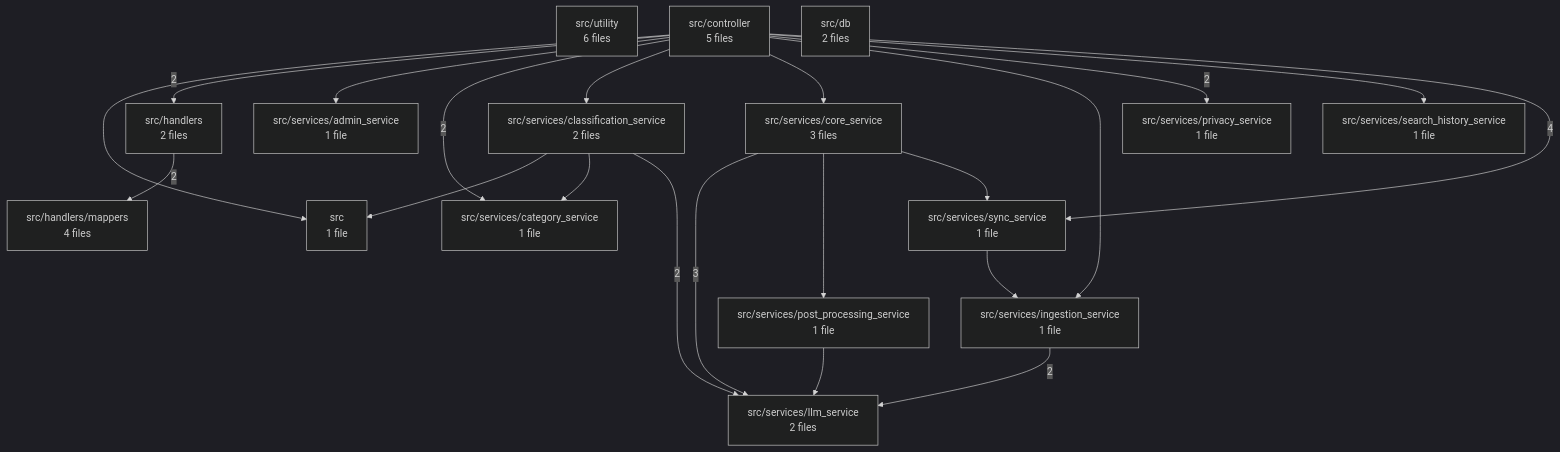
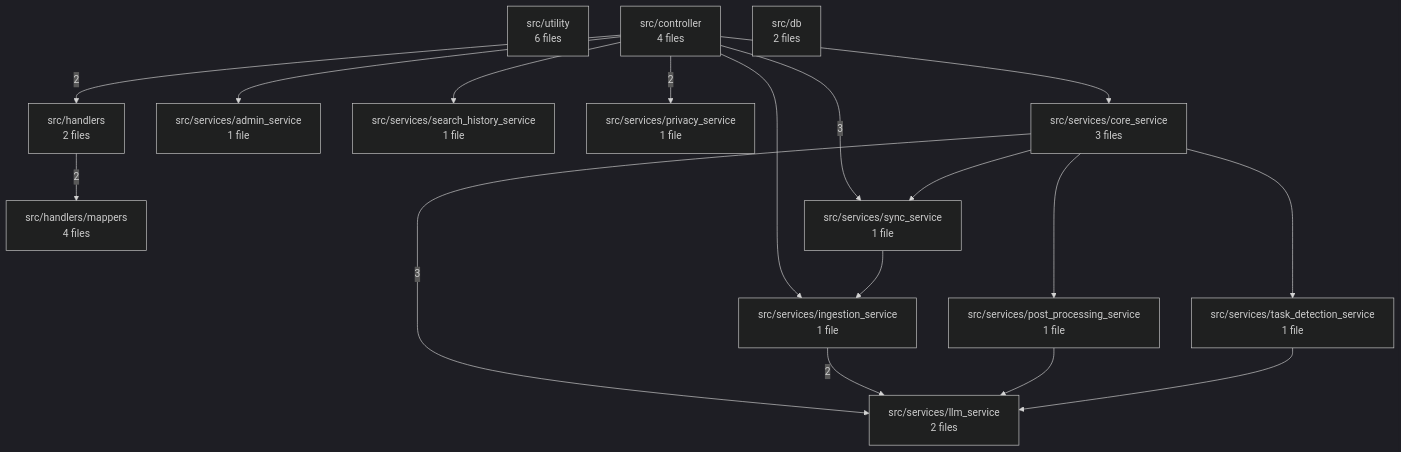
The diagram in .gnost/flow/FLOW-overview.mmd (mohdzain98/surfmind-backend), drawn with Mermaid (dark theme) before and after one commit. The commit also changed 17 other files, not shown here.

```diff
--- a/.gnost/flow/FLOW-overview.mmd
+++ b/.gnost/flow/FLOW-overview.mmd
@@ -1,37 +1,31 @@
 flowchart TD
+  dir_src_services_task_detection_service["src/services/task_detection_service<br/>1 file"]
   dir_src_utility["src/utility<br/>6 files"]
-  dir_src_controller["src/controller<br/>5 files"]
   dir_src_services_core_service["src/services/core_service<br/>3 files"]
-  dir_src_services_search_history_service["src/services/search_history_service<br/>1 file"]
-  dir_src_services_category_service["src/services/category_service<br/>1 file"]
-  dir_src_db["src/db<br/>2 files"]
+  dir_src_services_ingestion_service["src/services/ingestion_service<br/>1 file"]
   dir_src_services_llm_service["src/services/llm_service<br/>2 files"]
   dir_src_handlers_mappers["src/handlers/mappers<br/>4 files"]
+  dir_src_controller["src/controller<br/>4 files"]
+  dir_src_services_admin_service["src/services/admin_service<br/>1 file"]
+  dir_src_db["src/db<br/>2 files"]
+  dir_src_services_search_history_service["src/services/search_history_service<br/>1 file"]
+  dir_src_services_post_processing_service["src/services/post_processing_service<br/>1 file"]
+  dir_src_services_privacy_service["src/services/privacy_service<br/>1 file"]
   dir_src_services_sync_service["src/services/sync_service<br/>1 file"]
-  dir_src_services_admin_service["src/services/admin_service<br/>1 file"]
-  dir_src_services_post_processing_service["src/services/post_processing_service<br/>1 file"]
   dir_src_handlers["src/handlers<br/>2 files"]
-  dir_src_services_ingestion_service["src/services/ingestion_service<br/>1 file"]
-  dir_src_services_classification_service["src/services/classification_service<br/>2 files"]
-  dir_src_services_privacy_service["src/services/privacy_service<br/>1 file"]
-  dir_src["src<br/>1 file"]
-  dir_src_controller --> dir_src
   dir_src_controller -->|2| dir_src_handlers
   dir_src_controller --> dir_src_services_admin_service
-  dir_src_controller -->|2| dir_src_services_category_service
-  dir_src_controller --> dir_src_services_classification_service
   dir_src_controller --> dir_src_services_core_service
   dir_src_controller --> dir_src_services_ingestion_service
   dir_src_controller -->|2| dir_src_services_privacy_service
   dir_src_controller --> dir_src_services_search_history_service
-  dir_src_controller -->|4| dir_src_services_sync_service
+  dir_src_controller -->|3| dir_src_services_sync_service
   dir_src_handlers -->|2| dir_src_handlers_mappers
-  dir_src_services_classification_service --> dir_src
-  dir_src_services_classification_service --> dir_src_services_category_service
-  dir_src_services_classification_service -->|2| dir_src_services_llm_service
   dir_src_services_core_service -->|3| dir_src_services_llm_service
   dir_src_services_core_service --> dir_src_services_post_processing_service
   dir_src_services_core_service --> dir_src_services_sync_service
+  dir_src_services_core_service --> dir_src_services_task_detection_service
   dir_src_services_ingestion_service -->|2| dir_src_services_llm_service
   dir_src_services_post_processing_service --> dir_src_services_llm_service
   dir_src_services_sync_service --> dir_src_services_ingestion_service
+  dir_src_services_task_detection_service --> dir_src_services_llm_service
```
